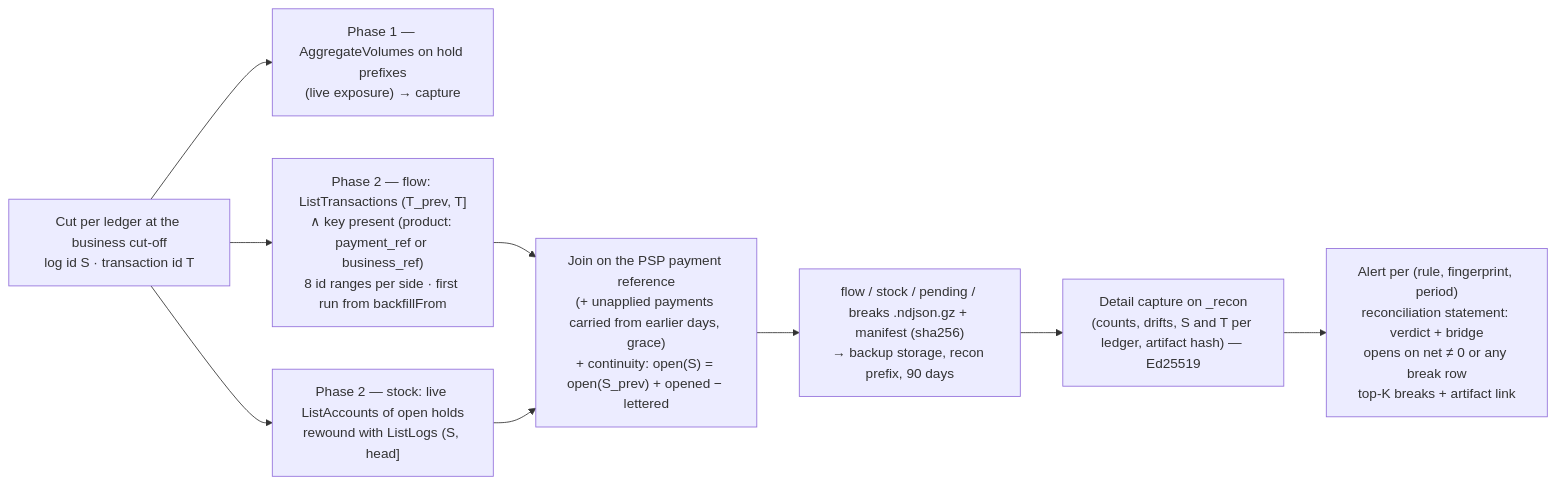
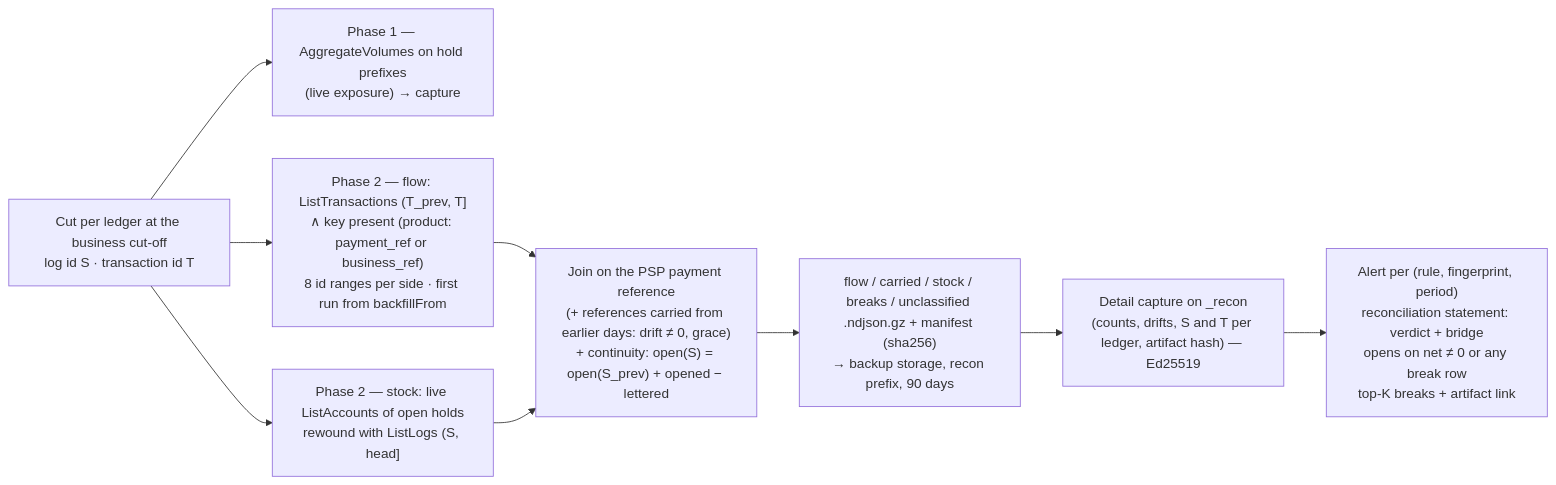
Before and after one commit to formancehq/reconciliation: the ninth of 9 diagrams in docs/technical/workflows.md, drawn with Mermaid. The commit also changed 3 other files, not shown here.

````diff
--- a/docs/technical/workflows.md
+++ b/docs/technical/workflows.md
@@ -326,11 +326,11 @@
 ```mermaid
 flowchart LR
     Cut["Cut per ledger at the business cut-off<br/>log id S · transaction id T"] --> Agg["Phase 1 — AggregateVolumes on hold prefixes<br/>(live exposure) → capture"]
     Cut --> Flow["Phase 2 — flow: ListTransactions (T_prev, T]<br/>∧ key present (product: payment_ref or business_ref)<br/>8 id ranges per side · first run from backfillFrom"]
     Cut --> Stock["Phase 2 — stock: live ListAccounts of open holds<br/>rewound with ListLogs (S, head]"]
-    Flow --> Join["Join on the PSP payment reference<br/>(+ unapplied payments carried from earlier days, grace)<br/>+ continuity: open(S) = open(S_prev) + opened − lettered"]
+    Flow --> Join["Join on the PSP payment reference<br/>(+ references carried from earlier days: drift ≠ 0, grace)<br/>+ continuity: open(S) = open(S_prev) + opened − lettered"]
     Stock --> Join
-    Join --> Art["flow / stock / pending / breaks .ndjson.gz + manifest (sha256)<br/>→ backup storage, recon prefix, 90 days"]
+    Join --> Art["flow / carried / stock / breaks / unclassified .ndjson.gz + manifest (sha256)<br/>→ backup storage, recon prefix, 90 days"]
     Art --> Cap["Detail capture on _recon<br/>(counts, drifts, S and T per ledger, artifact hash) — Ed25519"]
     Cap --> Alert["Alert per (rule, fingerprint, period)<br/>reconciliation statement: verdict + bridge<br/>opens on net ≠ 0 or any break row<br/>top-K breaks + artifact link"]
 ```
````
